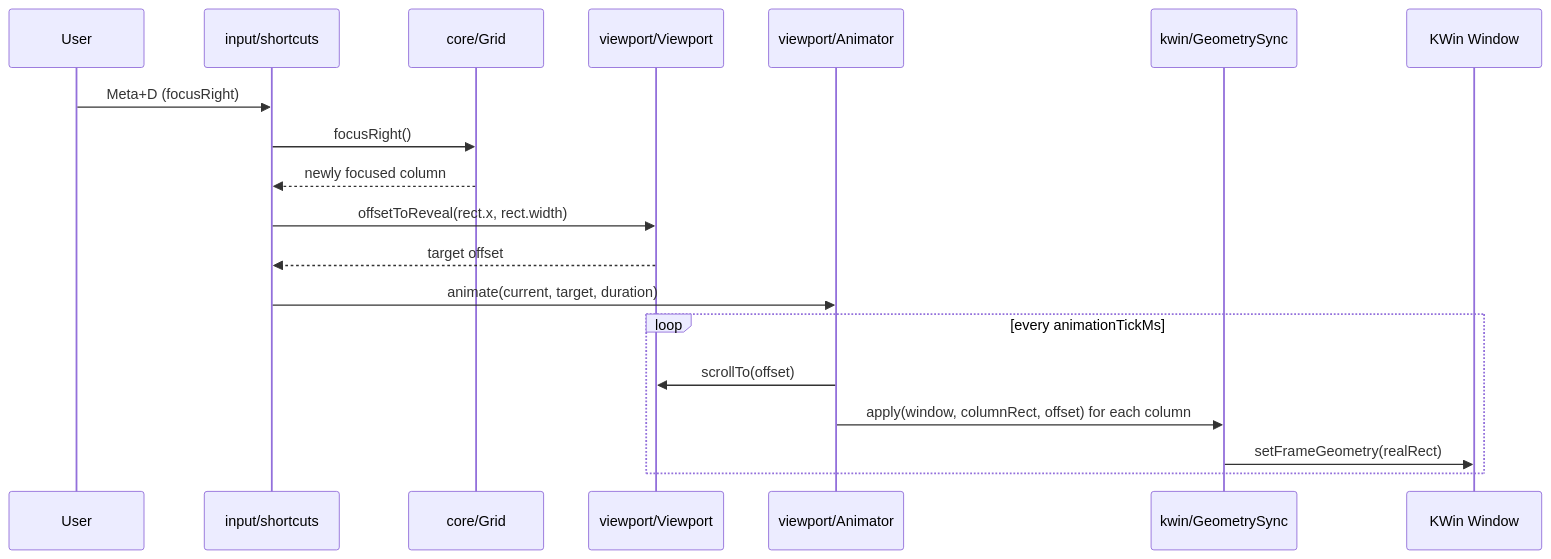
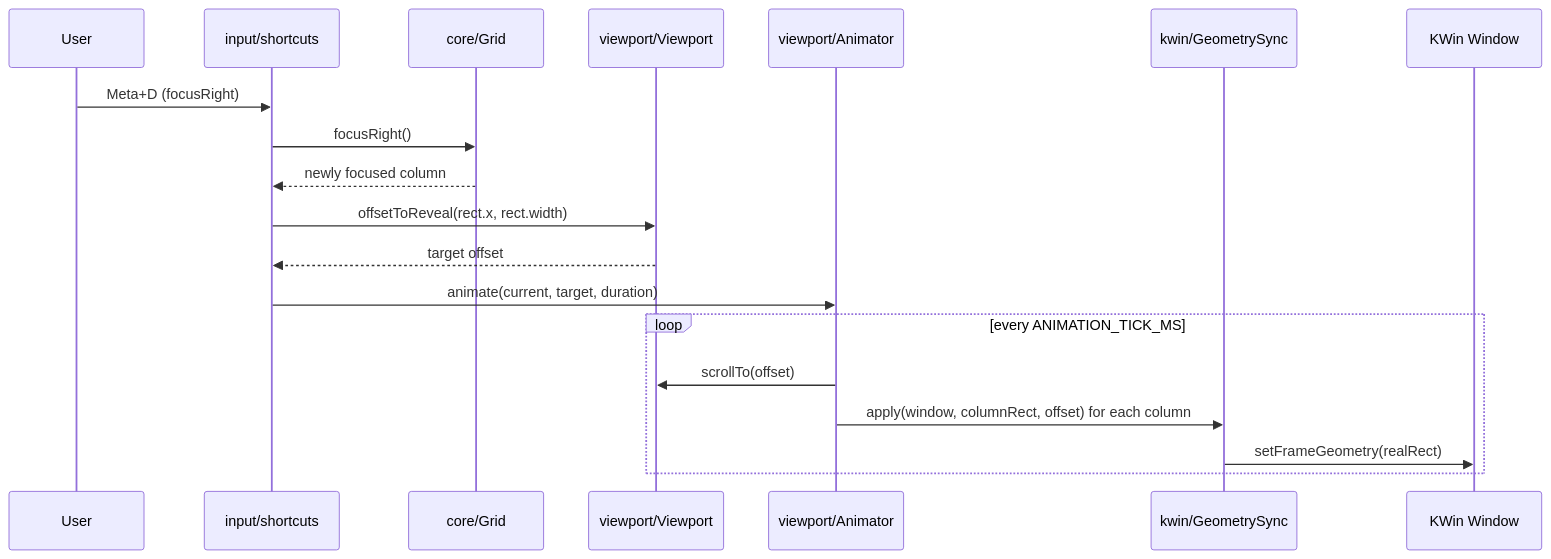
The diagram in docs/architecture.md (epicodic/drift), drawn with Mermaid before and after one commit. The commit also changed 26 other files, not shown here.

````diff
--- a/docs/architecture.md
+++ b/docs/architecture.md
@@ -104,22 +104,22 @@
 ```mermaid
 sequenceDiagram
     participant User
     participant Shortcuts as input/shortcuts
     participant Grid as core/Grid
     participant Viewport as viewport/Viewport
     participant Animator as viewport/Animator
     participant GeometrySync as kwin/GeometrySync
     participant Window as KWin Window
 
     User->>Shortcuts: Meta+D (focusRight)
     Shortcuts->>Grid: focusRight()
     Grid-->>Shortcuts: newly focused column
     Shortcuts->>Viewport: offsetToReveal(rect.x, rect.width)
     Viewport-->>Shortcuts: target offset
     Shortcuts->>Animator: animate(current, target, duration)
-    loop every animationTickMs
+    loop every ANIMATION_TICK_MS
         Animator->>Viewport: scrollTo(offset)
         Animator->>GeometrySync: apply(window, columnRect, offset) for each column
         GeometrySync->>Window: setFrameGeometry(realRect)
     end
 ```
````
